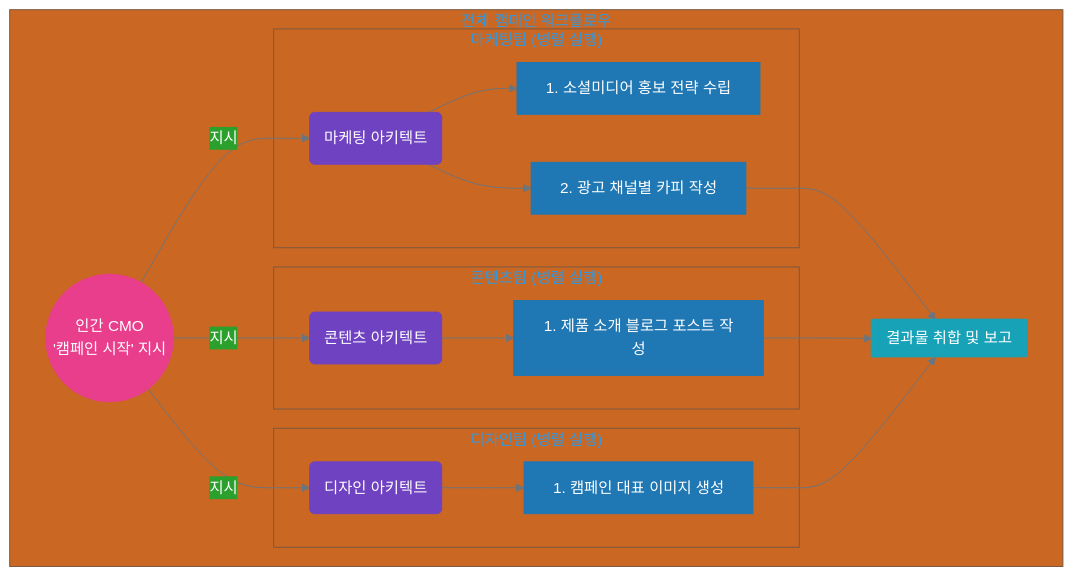
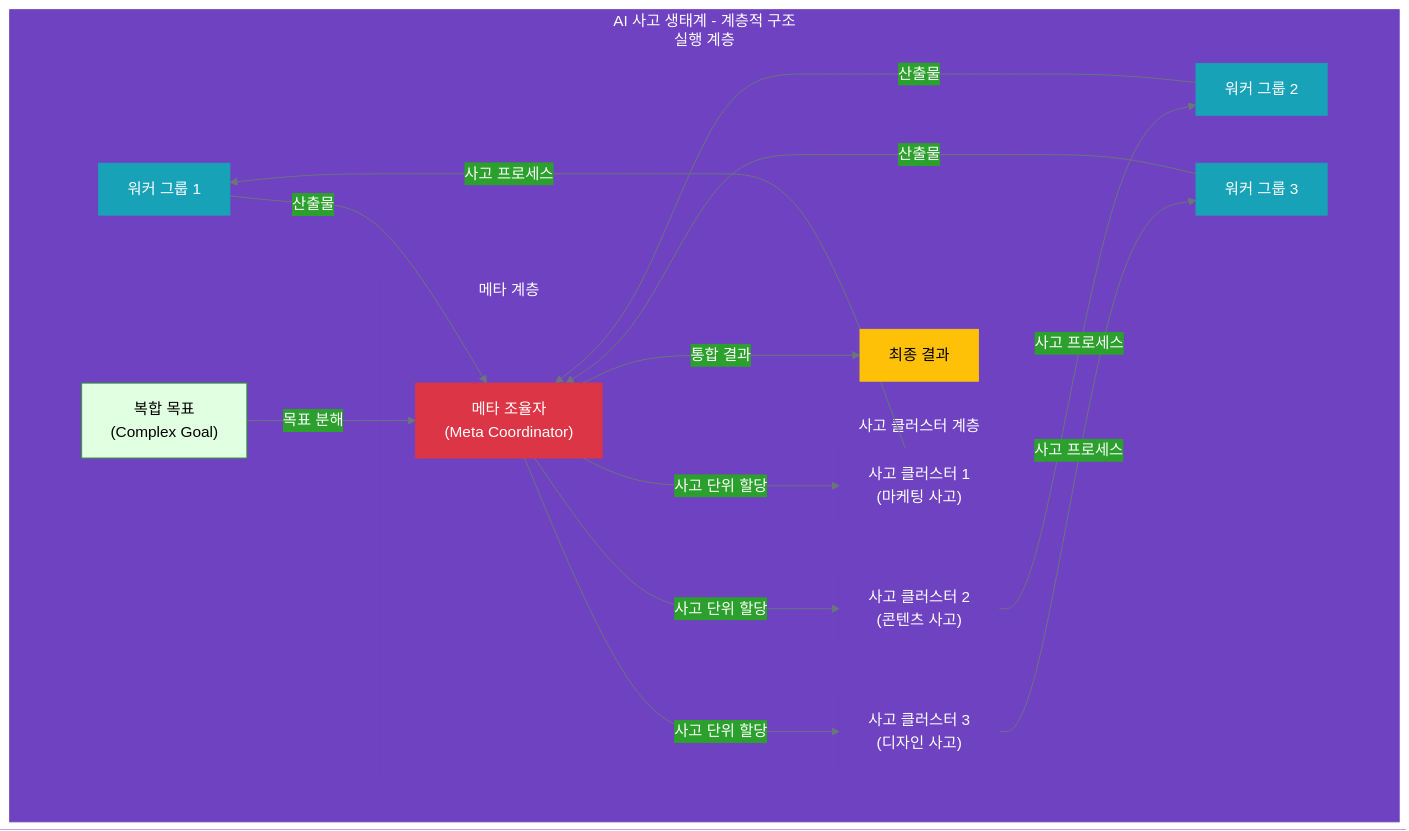
The diagram in book/vol-2-part-4-chapter-12.md (wooxist/ai-instructions), drawn with Mermaid before and after one commit. The commit also changed other lines of this file and 2 other files, not shown here.

````diff
--- a/book/vol-2-part-4-chapter-12.md
+++ b/book/vol-2-part-4-chapter-12.md
@@ -85,49 +48,57 @@
 ```mermaid
 %%{init: {
   'theme': 'base',
   'themeVariables': {
     'primaryColor': '#1f77b4',
     'primaryTextColor': '#ffffff',
     'primaryBorderColor': '#1f77b4',
     'lineColor': '#6c757d',
     'background': 'transparent',
     'edgeLabelBackground': '#2ca02c'
   }
 }}%%
-graph TD
-    subgraph "전체 캠페인 워크플로우"
-        CMO(("인간 CMO<br/>'캠페인 시작' 지시"))
-
-        subgraph "마케팅팀 (병렬 실행)"
-            M_A("마케팅 아키텍트") --> M_W1["1. 소셜미디어 홍보 전략 수립"]
-            M_A --> M_W2["2. 광고 채널별 카피 작성"]
+graph TB
+    subgraph "AI 사고 생태계 - 계층적 구조"
+        Goal["복합 목표<br/>(Complex Goal)"]
+        
+        subgraph "메타 계층"
+            Meta["메타 조율자<br/>(Meta Coordinator)"]
         end
-
-        subgraph "콘텐츠팀 (병렬 실행)"
-            C_A("콘텐츠 아키텍트") --> C_W1["1. 제품 소개 블로그 포스트 작성"]
+        
+        subgraph "사고 클러스터 계층"
+            TC1["사고 클러스터 1<br/>(마케팅 사고)"]
+            TC2["사고 클러스터 2<br/>(콘텐츠 사고)"]
+            TC3["사고 클러스터 3<br/>(디자인 사고)"]
         end
-
-        subgraph "디자인팀 (병렬 실행)"
-            D_A("디자인 아키텍트") --> D_W1["1. 캠페인 대표 이미지 생성"]
+        
+        subgraph "실행 계층"
+            W1["워커 그룹 1"]
+            W2["워커 그룹 2"]
+            W3["워커 그룹 3"]
         end
-
-        CMO -- "지시" --> M_A
-        CMO -- "지시" --> C_A
-        CMO -- "지시" --> D_A
-
-        M_W2 --> Final[["결과물 취합 및 보고"]]
-        C_W1 --> Final
-        D_W1 --> Final
+        
+        Goal -->|"목표 분해"| Meta
+        Meta -->|"사고 단위 할당"| TC1
+        Meta -->|"사고 단위 할당"| TC2
+        Meta -->|"사고 단위 할당"| TC3
+        
+        TC1 -->|"사고 프로세스"| W1
+        TC2 -->|"사고 프로세스"| W2
+        TC3 -->|"사고 프로세스"| W3
+        
+        W1 & W2 & W3 -->|"산출물"| Meta
+        Meta -->|"통합 결과"| Result["최종 결과"]
     end
-
-    %% 클래스 정의 및 적용 (WRITER 부록 A 기준)
-    classDef principle fill:#1f77b4,stroke:#1f77b4,color:#ffffff;
-    classDef decision fill:#ffffff,stroke:#495057,stroke-width:2px,color:#212529;
-    classDef agent fill:#6f42c1,stroke:#6f42c1,color:#ffffff;
-    classDef artifact fill:#17a2b8,stroke:#17a2b8,color:#ffffff;
-    classDef data fill:#2ca02c,stroke:#2ca02c,color:#ffffff;
-    classDef human fill:#e83e8c,stroke:#e83e8c,color:#ffffff;
-    class CMO human;
-    class M_A,C_A,D_A agent;
-    class Final artifact;
+    
+    classDef goal fill:#e1ffe1,stroke:#2ca02c,color:#000;
+    classDef meta fill:#dc3545,stroke:#dc3545,color:#fff;
+    classDef cluster fill:#6f42c1,stroke:#6f42c1,color:#fff;
+    classDef worker fill:#17a2b8,stroke:#17a2b8,color:#fff;
+    classDef result fill:#ffc107,stroke:#ffc107,color:#000;
+    
+    class Goal goal;
+    class Meta meta;
+    class TC1,TC2,TC3 cluster;
+    class W1,W2,W3 worker;
+    class Result result;
 ```
````
